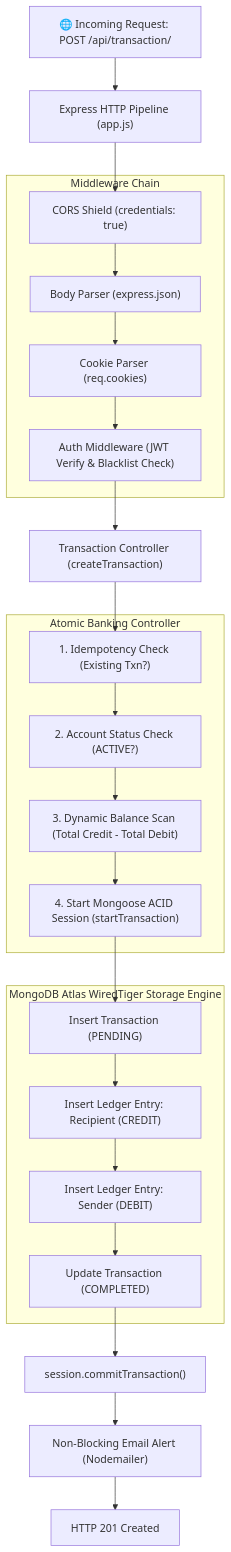
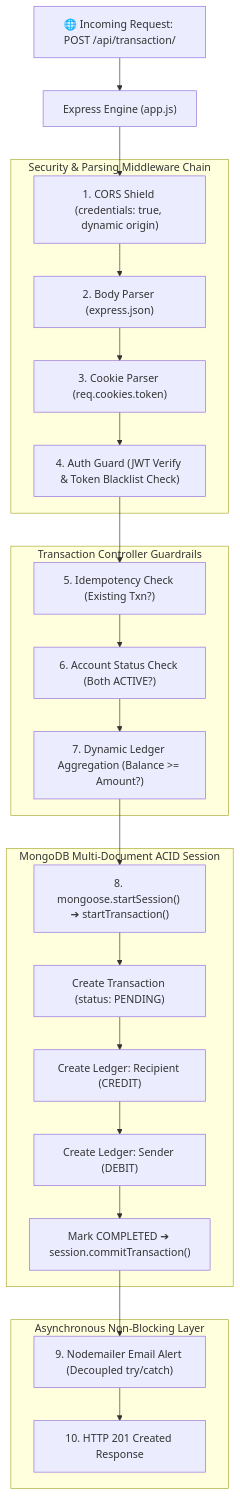
The first of 9 diagrams in BACKEND_LEARNINGS.md (ARPITPRAJAPATI/Advance_bank_system), drawn with Mermaid before and after one commit. The commit also changed other lines of this file and 2 other files, not shown here.

Commit message:
docs: rewrite backend learning guide with visual Mermaid diagrams and architectural deep dives

````diff
--- a/BACKEND_LEARNINGS.md
+++ b/BACKEND_LEARNINGS.md
@@ -35,35 +24,38 @@
 ```mermaid
 flowchart TD
-    ClientReq["🌐 Incoming Request: POST /api/transaction/"] --> ExpressApp["Express HTTP Pipeline (app.js)"]
-    
-    subgraph Middleware_Chain ["Middleware Chain"]
-        CORS["CORS Shield (credentials: true)"]
-        BodyParser["Body Parser (express.json)"]
-        CookieParser["Cookie Parser (req.cookies)"]
-        AuthGuard["Auth Middleware (JWT Verify & Blacklist Check)"]
+    ClientReq["🌐 Incoming Request: POST /api/transaction/"] --> ExpressRouter["Express Engine (app.js)"]
+
+    subgraph Middleware_Chain ["Security & Parsing Middleware Chain"]
+        CORS["1. CORS Shield (credentials: true, dynamic origin)"]
+        BodyParser["2. Body Parser (express.json)"]
+        CookieParser["3. Cookie Parser (req.cookies.token)"]
+        AuthMiddleware["4. Auth Guard (JWT Verify & Token Blacklist Check)"]
     end
 
-    ExpressApp --> CORS --> BodyParser --> CookieParser --> AuthGuard
-    AuthGuard --> TxnController["Transaction Controller (createTransaction)"]
+    ExpressRouter --> CORS --> BodyParser --> CookieParser --> AuthMiddleware
 
-    subgraph Controller_Logic ["Atomic Banking Controller"]
-        Idempotency["1. Idempotency Check (Existing Txn?)"]
-        StatusCheck["2. Account Status Check (ACTIVE?)"]
-        BalanceCheck["3. Dynamic Balance Scan (Total Credit - Total Debit)"]
-        ACIDSession["4. Start Mongoose ACID Session (startTransaction)"]
+    subgraph Controller_Guardrails ["Transaction Controller Guardrails"]
+        Idempotency["5. Idempotency Check (Existing Txn?)"]
+        StatusValidation["6. Account Status Check (Both ACTIVE?)"]
+        DynamicBalance["7. Dynamic Ledger Aggregation (Balance >= Amount?)"]
     end
 
-    TxnController --> Idempotency --> StatusCheck --> BalanceCheck --> ACIDSession
+    AuthMiddleware --> Idempotency --> StatusValidation --> DynamicBalance
 
-    subgraph WiredTiger_ReplicaSet ["MongoDB Atlas WiredTiger Storage Engine"]
-        InsertTxn["Insert Transaction (PENDING)"]
-        InsertCredit["Insert Ledger Entry: Recipient (CREDIT)"]
-        InsertDebit["Insert Ledger Entry: Sender (DEBIT)"]
-        UpdateTxn["Update Transaction (COMPLETED)"]
+    subgraph ACID_Transaction ["MongoDB Multi-Document ACID Session"]
+        StartSession["8. mongoose.startSession() ➔ startTransaction()"]
+        WriteTxn["Create Transaction (status: PENDING)"]
+        WriteCredit["Create Ledger: Recipient (CREDIT)"]
+        WriteDebit["Create Ledger: Sender (DEBIT)"]
+        CommitSession["Mark COMPLETED ➔ session.commitTransaction()"]
     end
 
-    ACIDSession --> InsertTxn --> InsertCredit --> InsertDebit --> UpdateTxn
-    UpdateTxn --> Commit["session.commitTransaction()"]
-    Commit --> EmailNotification["Non-Blocking Email Alert (Nodemailer)"]
-    EmailNotification --> SuccessResponse["HTTP 201 Created"]
+    DynamicBalance --> StartSession --> WriteTxn --> WriteCredit --> WriteDebit --> CommitSession
+
+    subgraph Decoupled_I_O ["Asynchronous Non-Blocking Layer"]
+        EmailAlert["9. Nodemailer Email Alert (Decoupled try/catch)"]
+        SuccessRes["10. HTTP 201 Created Response"]
+    end
+
+    CommitSession --> EmailAlert --> SuccessRes
 ```
````
